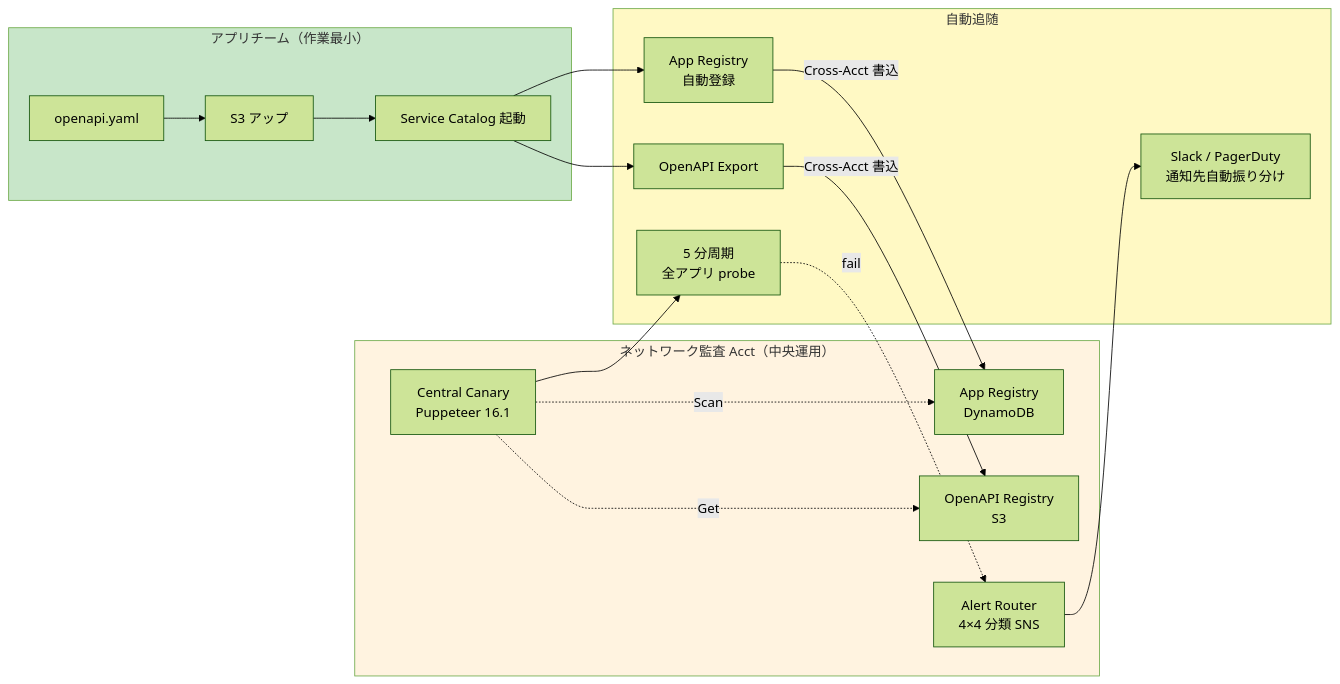
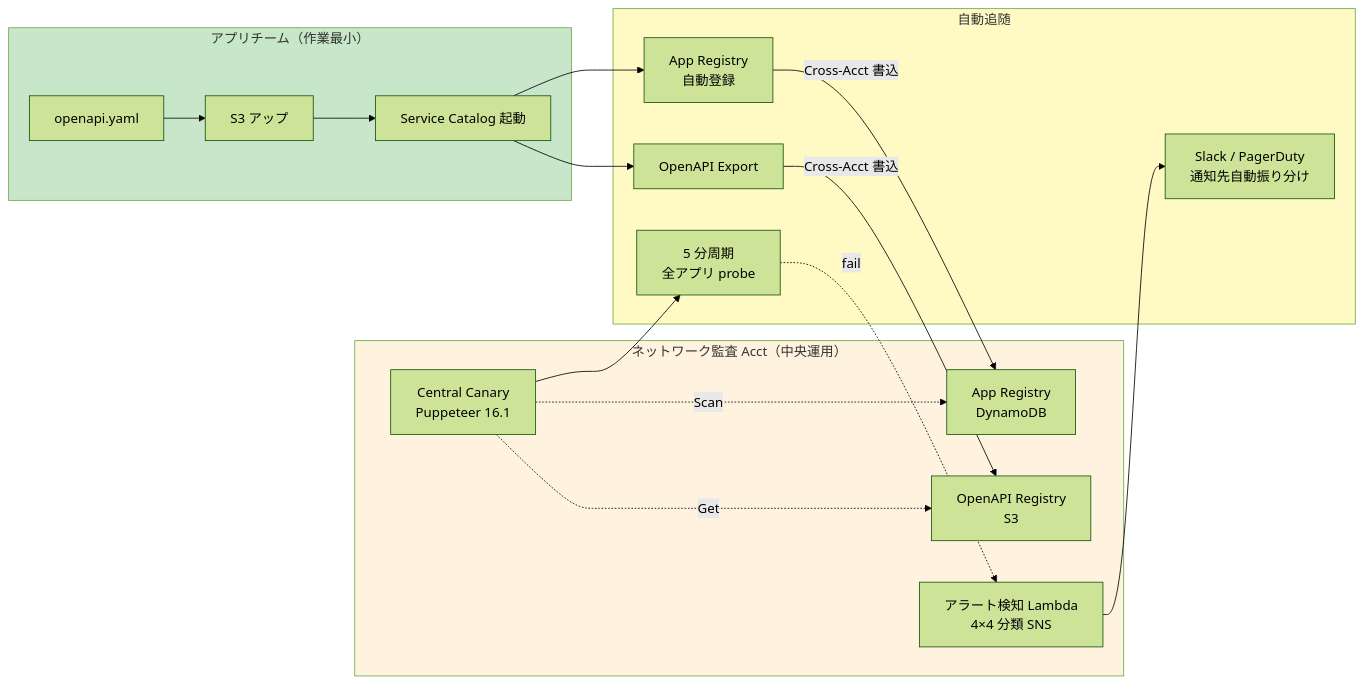
The second of 25 diagrams in doc/api-platform/customer-doc/01-external-api-auth-decision-guide.md (suepie/aws-atuh-poc), drawn with Mermaid (forest theme) before and after one commit. The commit also changed other lines of this file and 23 other files, not shown here.

````diff
--- a/doc/api-platform/customer-doc/01-external-api-auth-decision-guide.md
+++ b/doc/api-platform/customer-doc/01-external-api-auth-decision-guide.md
@@ -175,38 +175,38 @@
 ```mermaid
 flowchart LR
     subgraph App["アプリチーム（作業最小）"]
         OAS[openapi.yaml]
         OAS_S3[S3 アップ]
         SC_Launch[Service Catalog 起動]
         OAS --> OAS_S3 --> SC_Launch
     end
 
     subgraph Network["ネットワーク監査 Acct（中央運用）"]
         Registry[App Registry<br/>DynamoDB]
         OpenAPIReg[OpenAPI Registry<br/>S3]
         CC[Central Canary<br/>Puppeteer 16.1]
-        Router[Alert Router<br/>4×4 分類 SNS]
+        Router["アラート検知 Lambda<br/>4×4 分類 SNS"]
     end
 
     subgraph Auto["自動追随"]
         Register[App Registry<br/>自動登録]
         Export[OpenAPI Export]
         Probe[5 分周期<br/>全アプリ probe]
         Alerts[Slack / PagerDuty<br/>通知先自動振り分け]
     end
 
     SC_Launch --> Register
     SC_Launch --> Export
     Register -->|Cross-Acct 書込| Registry
     Export -->|Cross-Acct 書込| OpenAPIReg
 
     CC -.Scan.-> Registry
     CC -.Get.-> OpenAPIReg
     CC --> Probe
     Probe -.fail.-> Router
     Router --> Alerts
 
     style App fill:#c8e6c9
     style Network fill:#fff3e0
     style Auto fill:#fff9c4
 ```
````
